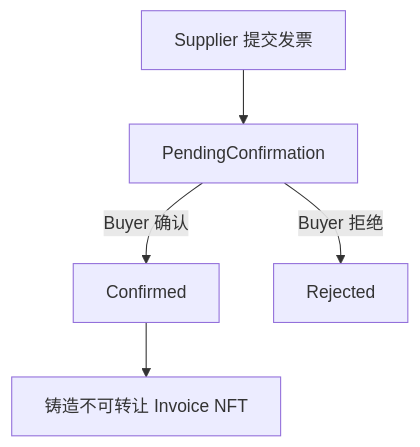
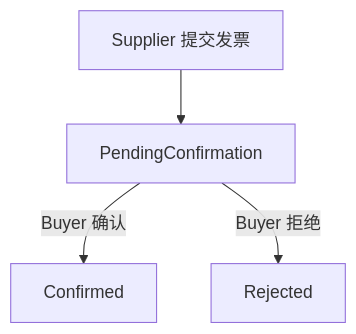
One commit to GeraltWu/blockchain-sme-receivables-financing changed the second of 9 diagrams in doc/设计文档.md. Above: the diagram before and after it, drawn with Mermaid. The commit also changed other lines of this file and 68 other files, not shown here.

````diff
--- a/doc/设计文档.md
+++ b/doc/设计文档.md
@@ -177,7 +177,6 @@
 ```mermaid
 flowchart TD
     A[Supplier 提交发票] --> B[PendingConfirmation]
     B -->|Buyer 确认| C[Confirmed]
-    C --> D[铸造不可转让 Invoice NFT]
     B -->|Buyer 拒绝| F[Rejected]
 ```
````
